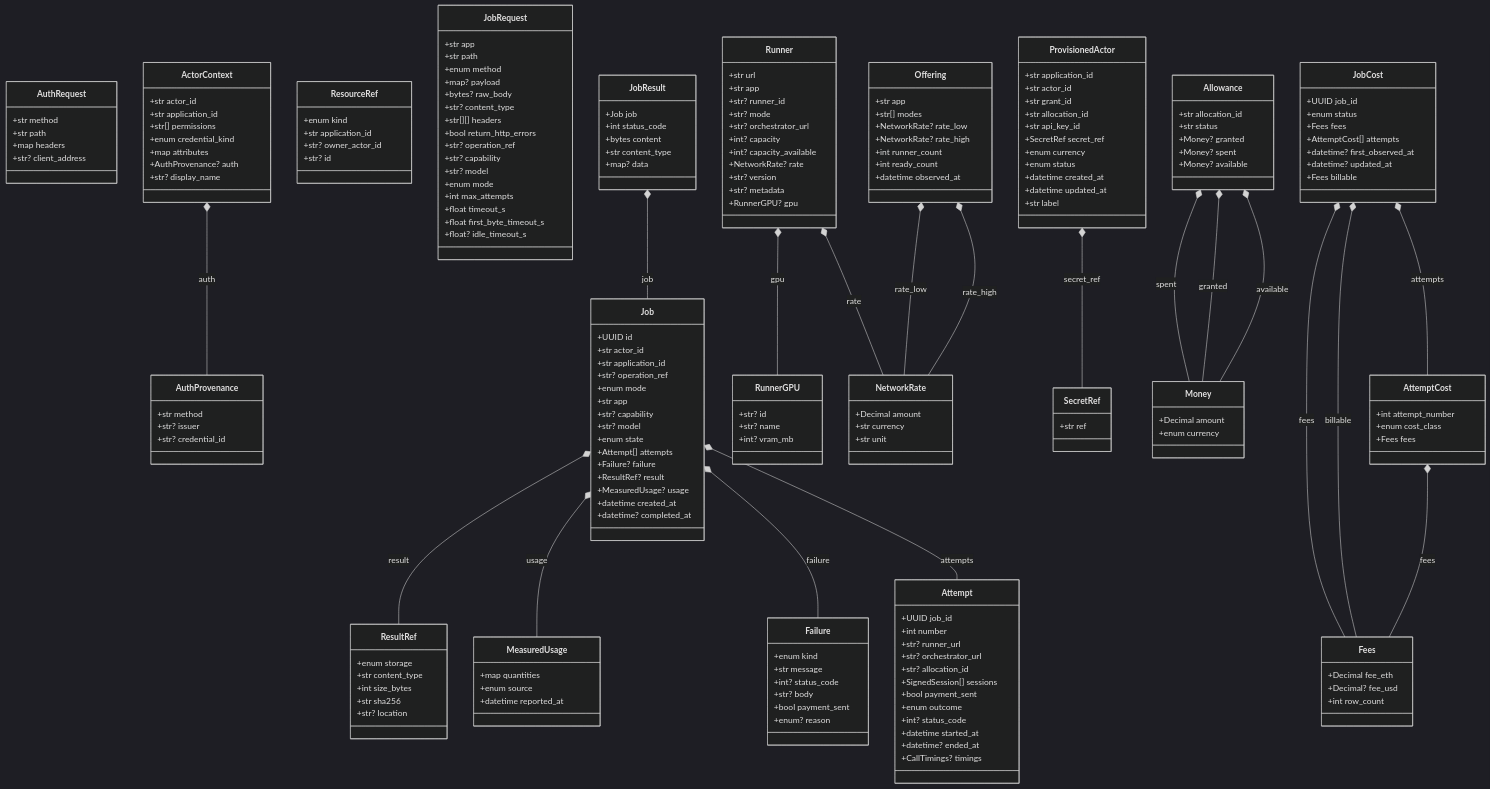
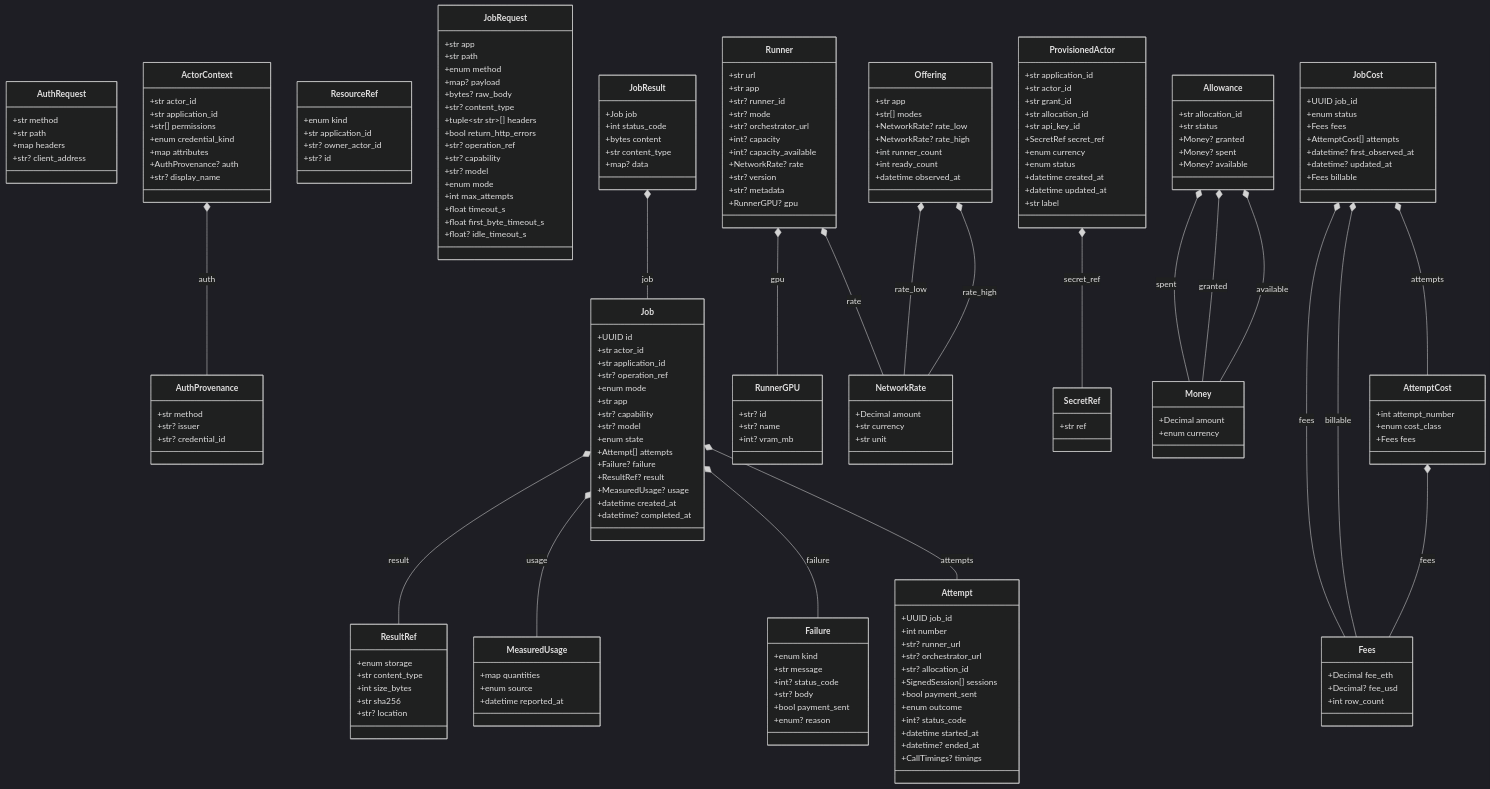
The diagram in docs/generated/contracts.md (NE-Build-Track/livepeer-builder-core), drawn with Mermaid (dark theme) before and after one commit. The commit also changed 34 other files, not shown here.

```diff
--- a/docs/generated/contracts.md
+++ b/docs/generated/contracts.md
@@ -39,7 +39,7 @@
         +map? payload
         +bytes? raw_body
         +str? content_type
-        +str[][] headers
+        +tuple~str str~[] headers
         +bool return_http_errors
         +str? operation_ref
         +str? capability
```
